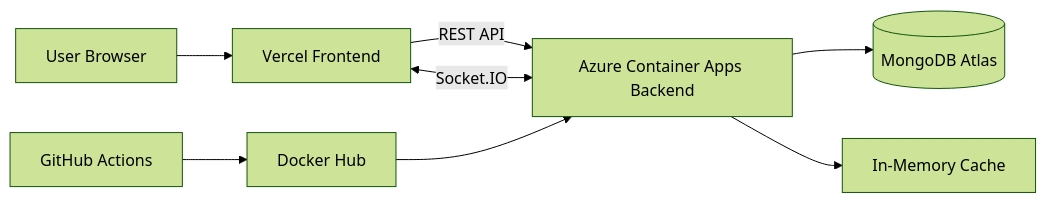
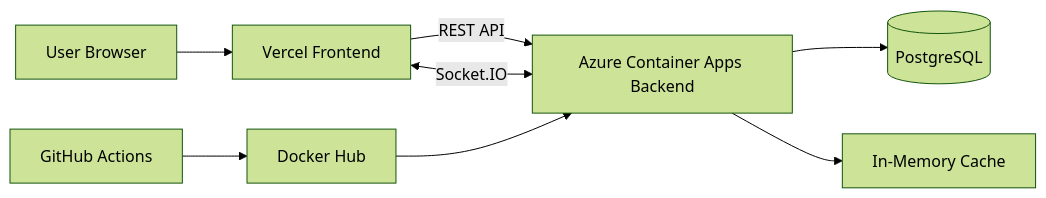
The first of 5 diagrams in farhanaislamsaima/README.md (SaimaLearnathon/web-development-bootcamp-may-2026), drawn with Mermaid (forest theme) before and after one commit. The commit also changed other lines of this file and 53 other files, not shown here.

````diff
--- a/farhanaislamsaima/README.md
+++ b/farhanaislamsaima/README.md
@@ -163,10 +172,10 @@
 ```mermaid
 flowchart LR
   User[User Browser] --> Vercel[Vercel Frontend]
   Vercel -->|REST API| Azure[Azure Container Apps Backend]
   Vercel <-->|Socket.IO| Azure
-  Azure --> Mongo[(MongoDB Atlas)]
+  Azure --> Postgres[(PostgreSQL)]
   Azure --> Cache[In-Memory Cache]
   GitHub[GitHub Actions] --> DockerHub[Docker Hub]
   DockerHub --> Azure
 ```
````
